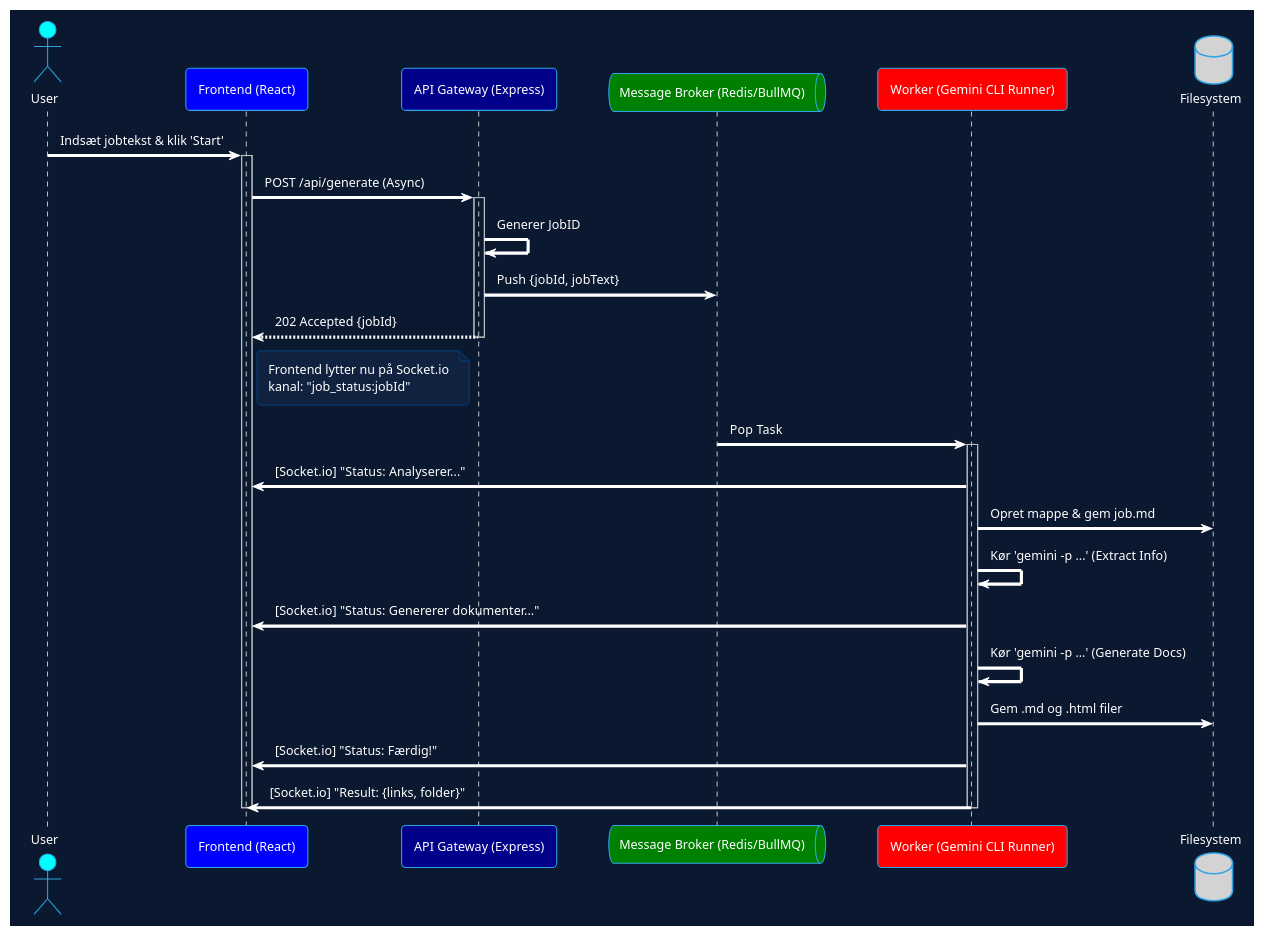
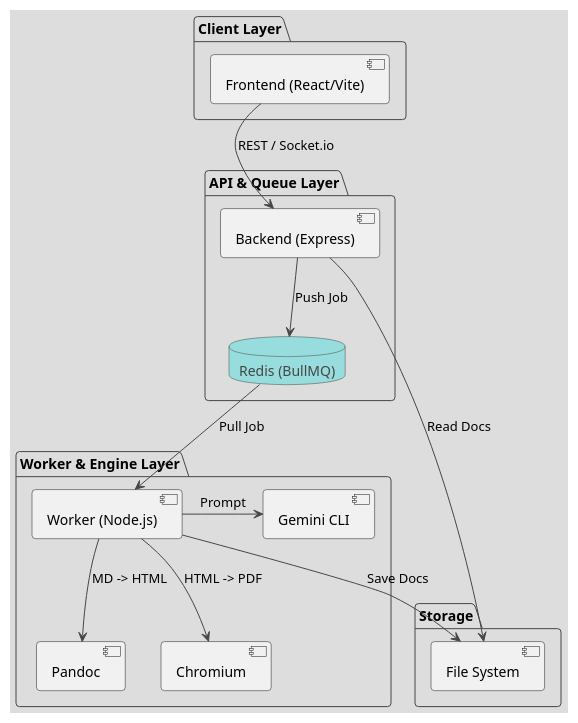
One commit to MichaelGNielsen/Job-Application-Agent changed the diagram in docs/architecture.puml. Above: the diagram before and after it, drawn with PlantUML. The commit also changed 32 other files, not shown here.

Commit message:
Refactor: Cleaned up architecture, reorganized files into data/output/resources/demo, and added docs.

```diff
--- a/docs/architecture.puml
+++ b/docs/architecture.puml
@@ -1,42 +1,34 @@
-@startuml architecture
-!theme cerulean-outline
+@startuml
+!theme toy
 
-skinparam backgroundColor #0a192f
-skinparam defaultFontColor white
-skinparam ArrowColor white
-skinparam NoteFontColor white
-skinparam NoteBackgroundColor #112240
-skinparam componentStyle uml2
+package "Client Layer" {
+  [Frontend (React/Vite)] as FE
+}
 
-actor User #cyan
-participant "Frontend (React)" as FE #Blue
-participant "API Gateway (Express)" as API #DarkBlue
-queue "Message Broker (Redis/BullMQ)" as Broker #Green
-participant "Worker (Gemini CLI Runner)" as Worker #red
-database "Filesystem" as FS #lightgray
+package "API & Queue Layer" {
+  [Backend (Express)] as BE
+  database "Redis (BullMQ)" as REDIS
+  FE -right-> BE : REST / Socket.io
+  BE -down-> REDIS : Push Job
+}
 
-User -> FE : Indsæt jobtekst & klik 'Start'
-activate FE
-FE -> API : POST /api/generate (Async)
-activate API
-API -> API : Generer JobID
-API -> Broker : Push {jobId, jobText}
-API --> FE : 202 Accepted {jobId}
-deactivate API
+package "Worker & Engine Layer" {
+  [Worker (Node.js)] as WRK
+  [Gemini CLI] as GEMINI
+  [Pandoc] as PANDOC
+  [Chromium] as CHROMIUM
+  
+  REDIS -down-> WRK : Pull Job
+  WRK -right-> GEMINI : Prompt
+  WRK -down-> PANDOC : MD -> HTML
+  WRK -down-> CHROMIUM : HTML -> PDF
+}
 
-note right of FE : Frontend lytter nu på Socket.io\nkanal: "job_status:jobId"
+folder "Storage" {
+  [File System] as FS
+  WRK -down-> FS : Save Docs
+  BE -down-> FS : Read Docs
+}
 
-Broker -> Worker : Pop Task
-activate Worker
-Worker -> FE : [Socket.io] "Status: Analyserer..."
-Worker -> FS : Opret mappe & gem job.md
-Worker -> Worker : Kør 'gemini -p ...' (Extract Info)
-Worker -> FE : [Socket.io] "Status: Genererer dokumenter..."
-Worker -> Worker : Kør 'gemini -p ...' (Generate Docs)
-Worker -> FS : Gem .md og .html filer
-Worker -> FE : [Socket.io] "Status: Færdig!"
-Worker -> FE : [Socket.io] "Result: {links, folder}"
-deactivate Worker
-deactivate FE
-
+FE -[hidden]down- BE
 @enduml
```
